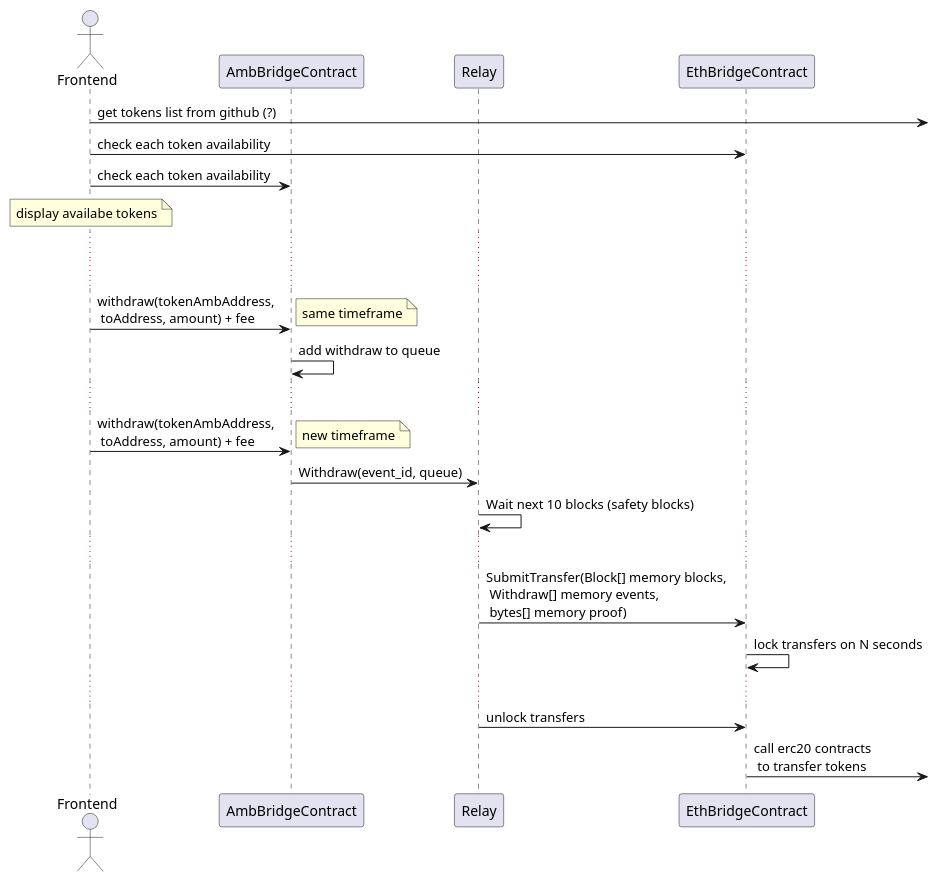
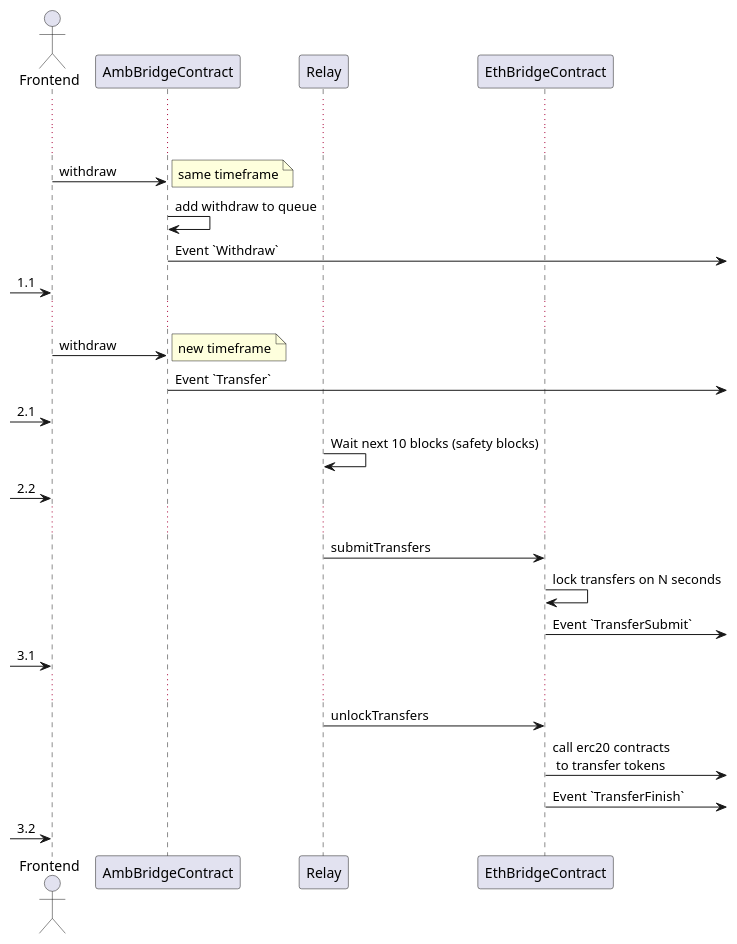
One commit to ambrosus/ambrosus-bridge changed the diagram in docs/flow.puml. Above: the diagram before and after it, drawn with PlantUML. The commit also changed 4 other files, not shown here.

```diff
--- a/docs/flow.puml
+++ b/docs/flow.puml
@@ -1,44 +1,43 @@
 @startuml
 
 actor Frontend
 participant AmbBridgeContract
 participant Relay
 participant EthBridgeContract
 
 
-Frontend ->: get tokens list from github (?)
-Frontend -> EthBridgeContract: check each token availability
-Frontend -> AmbBridgeContract: check each token availability
-note over Frontend: display availabe tokens
-
 ...
 ...
 
 
-Frontend -> AmbBridgeContract : withdraw(tokenAmbAddress,\n toAddress, amount) + fee
+Frontend -> AmbBridgeContract : withdraw
 note right: same timeframe
 AmbBridgeContract -> AmbBridgeContract: add withdraw to queue
-...
-
-Frontend -> AmbBridgeContract : withdraw(tokenAmbAddress,\n toAddress, amount) + fee
-note right: new timeframe
-
-AmbBridgeContract -> Relay : Withdraw(event_id, queue)
-
-
-Relay -> Relay : Wait next 10 blocks (safety blocks)
+AmbBridgeContract ->: Event `Withdraw`
+-> Frontend: 1.1
 
 ...
 
-Relay -> EthBridgeContract : SubmitTransfer(Block[] memory blocks, \n Withdraw[] memory events, \n bytes[] memory proof)
-EthBridgeContract -> EthBridgeContract: lock transfers on N seconds
+Frontend -> AmbBridgeContract : withdraw
+note right: new timeframe
 
+AmbBridgeContract ->: Event `Transfer`
+-> Frontend: 2.1
+
+Relay -> Relay : Wait next 10 blocks (safety blocks)
+-> Frontend: 2.2
 ...
 
-Relay -> EthBridgeContract: unlock transfers
+Relay -> EthBridgeContract : submitTransfers
+EthBridgeContract -> EthBridgeContract: lock transfers on N seconds
+EthBridgeContract ->: Event `TransferSubmit`
+-> Frontend: 3.1
+...
+
+Relay -> EthBridgeContract: unlockTransfers
 EthBridgeContract ->: call erc20 contracts\n to transfer tokens
-
-
+EthBridgeContract ->: Event `TransferFinish`
+-> Frontend: 3.2
 
 
 @enduml
```
